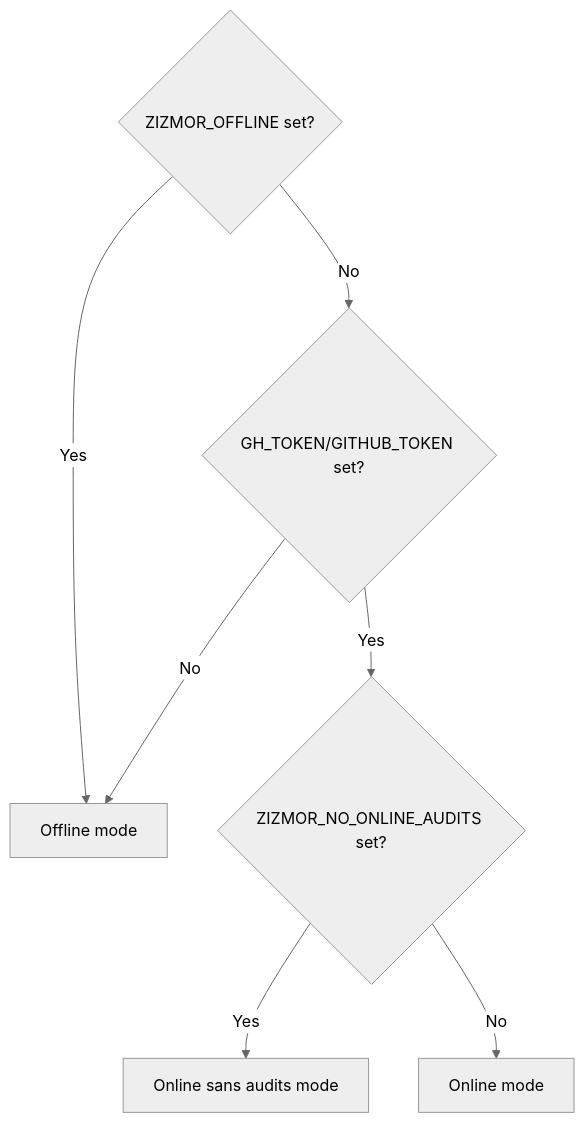
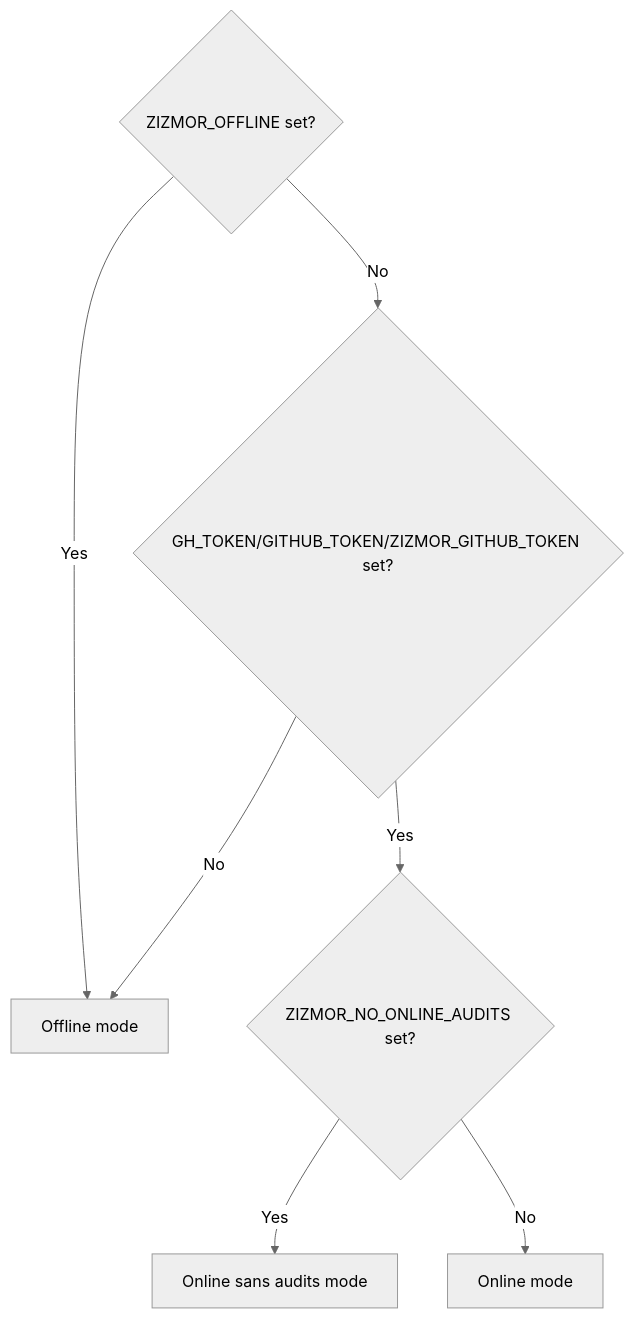
Before and after one commit to zizmorcore/zizmor: the diagram in docs/usage.md, drawn with Mermaid (neutral theme). The commit also changed other lines of this file and 4 other files, not shown here.

Commit message:
feat(gh-token): add support for ZIZMOR_GITHUB_TOKEN (#1641)

````diff
--- a/docs/usage.md
+++ b/docs/usage.md
@@ -136,9 +136,9 @@
 ```mermaid
 flowchart TD
   B{ZIZMOR_OFFLINE set?} -- Yes --> C[Offline mode]
-  B -- No --> D{GH_TOKEN/GITHUB_TOKEN set?}
+  B -- No --> D{GH_TOKEN/GITHUB_TOKEN/ZIZMOR_GITHUB_TOKEN set?}
   D -- No --> C
   D -- Yes --> E{ZIZMOR_NO_ONLINE_AUDITS set?}
   E -- Yes --> F[Online sans audits mode]
   E -- No --> G[Online mode]
 ```
````
